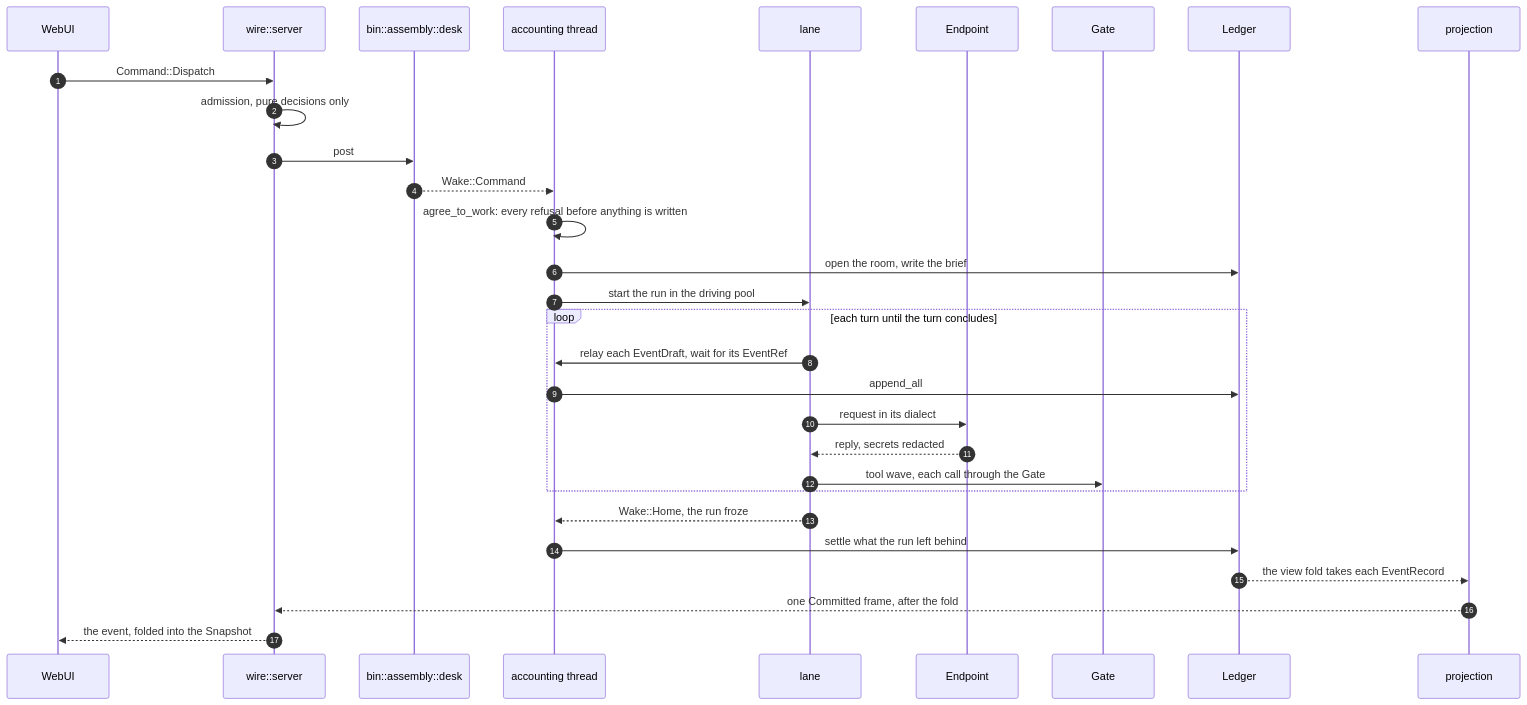
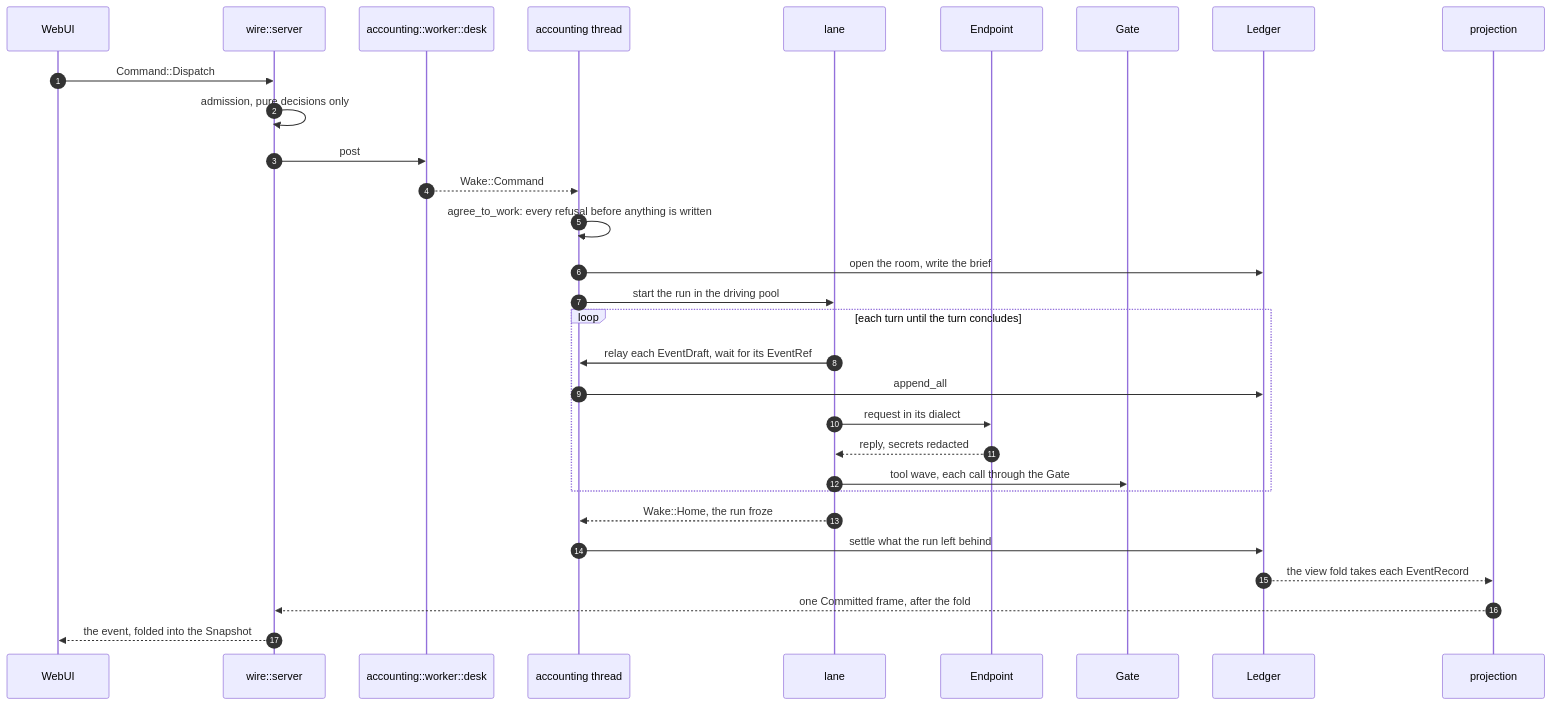
The second of 8 diagrams in ARCHITECTURE.md (2youg1/sprawling-agents), drawn with Mermaid before and after one commit. The commit also changed other lines of this file and 181 other files, not shown here.

````diff
--- a/ARCHITECTURE.md
+++ b/ARCHITECTURE.md
@@ -857,32 +857,32 @@
 ```mermaid
 sequenceDiagram
     autonumber
     participant W as WebUI
     participant S as wire::server
-    participant D as bin::assembly::desk
+    participant D as accounting::worker::desk
     participant A as accounting thread
     participant L as lane
     participant E as Endpoint
     participant G as Gate
     participant R as Ledger
     participant P as projection
     W->>S: Command::Dispatch
     S->>S: admission, pure decisions only
     S->>D: post
     D-->>A: Wake::Command
     A->>A: agree_to_work: every refusal before anything is written
     A->>R: open the room, write the brief
     A->>L: start the run in the driving pool
     loop each turn until the turn concludes
         L->>A: relay each EventDraft, wait for its EventRef
         A->>R: append_all
         L->>E: request in its dialect
         E-->>L: reply, secrets redacted
         L->>G: tool wave, each call through the Gate
     end
     L-->>A: Wake::Home, the run froze
     A->>R: settle what the run left behind
     R-->>P: the view fold takes each EventRecord
     P-->>S: one Committed frame, after the fold
     S-->>W: the event, folded into the Snapshot
 ```
````
